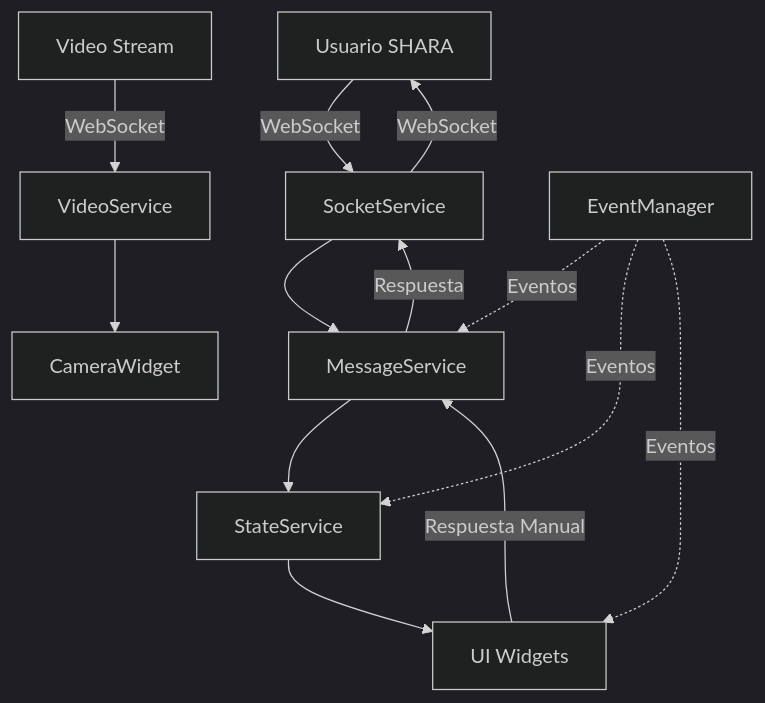
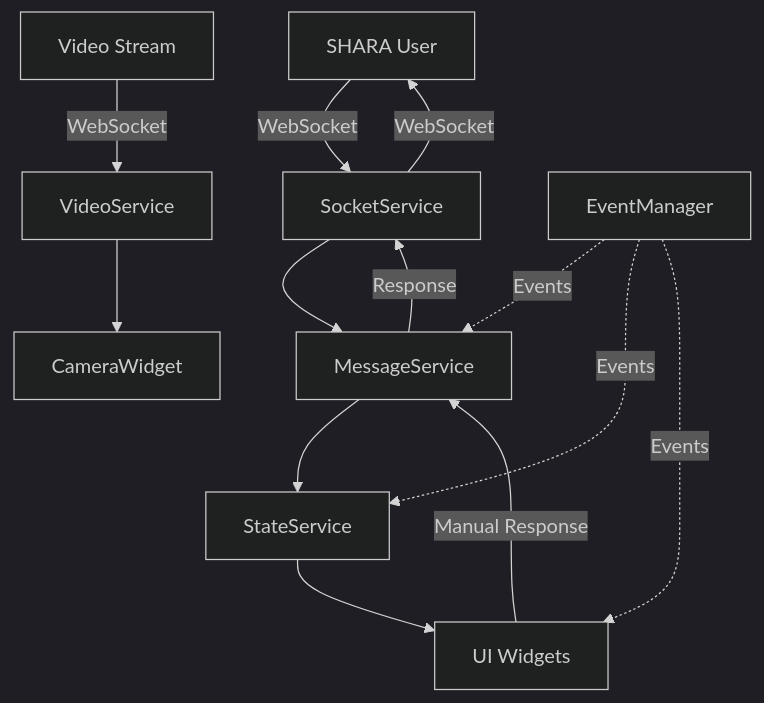
One commit to GuillermoCuberoCharco/ViSHARA changed the diagram in src/wizard/README.md. Above: the diagram before and after it, drawn with Mermaid (dark theme). The commit also changed other lines of this file and 1 other file, not shown here.

````diff
--- a/src/wizard/README.md
+++ b/src/wizard/README.md
@@ -262,17 +263,17 @@
 ```mermaid
 graph TD
-    A[Usuario SHARA] -->|WebSocket| B[SocketService]
+    A[SHARA User] -->|WebSocket| B[SocketService]
     B --> C[MessageService]
     C --> D[StateService]
     D --> E[UI Widgets]
-    E -->|Respuesta Manual| C
-    C -->|Respuesta| B
+    E -->|Manual Response| C
+    C -->|Response| B
     B -->|WebSocket| A
     
     F[Video Stream] -->|WebSocket| G[VideoService]
     G --> H[CameraWidget]
     
-    I[EventManager] -.->|Eventos| C
-    I -.->|Eventos| D
-    I -.->|Eventos| E
+    I[EventManager] -.->|Events| C
+    I -.->|Events| D
+    I -.->|Events| E
 ```
````
